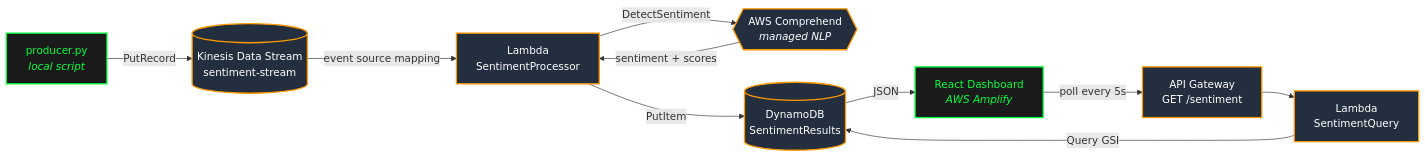
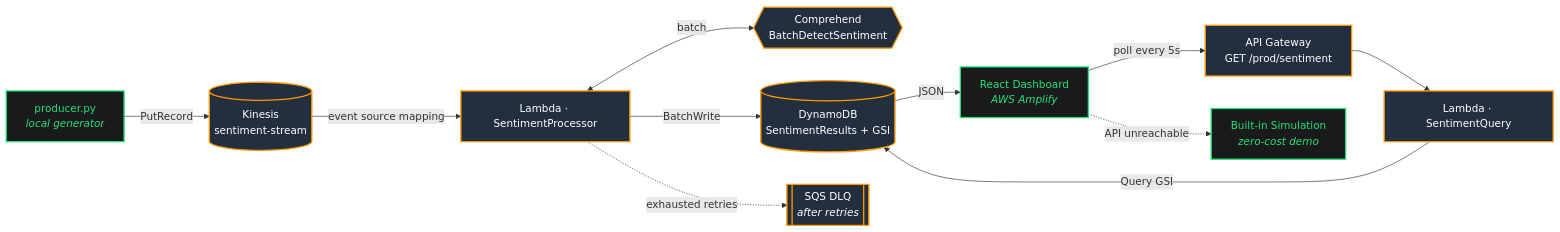
Before and after one commit to EricK-6/sentiment-dashboard: the diagram in README.md, drawn with Mermaid. The commit also changed other lines of this file and 1 other file, not shown here.

Commit message:
docs: rewrite README (live demo, screenshot, updated architecture, tests, cost/teardown)

````diff
--- a/README.md
+++ b/README.md
@@ -7,26 +22,27 @@
 ```mermaid
 flowchart LR
-    Producer["producer.py<br/><i>local script</i>"]
-    Stream[("Kinesis Data Stream<br/>sentiment-stream")]
-    Processor["Lambda<br/>SentimentProcessor"]
-    Comprehend{{"AWS Comprehend<br/><i>managed NLP</i>"}}
-    DB[("DynamoDB<br/>SentimentResults")]
-    Query["Lambda<br/>SentimentQuery"]
-    API["API Gateway<br/>GET /sentiment"]
+    Producer["producer.py<br/><i>local generator</i>"]
+    Stream[("Kinesis<br/>sentiment-stream")]
+    Processor["Lambda · SentimentProcessor"]
+    Comprehend{{"Comprehend<br/>BatchDetectSentiment"}}
+    DB[("DynamoDB<br/>SentimentResults + GSI")]
+    DLQ[["SQS DLQ<br/><i>after retries</i>"]]
+    Query["Lambda · SentimentQuery"]
+    API["API Gateway<br/>GET /prod/sentiment"]
     UI["React Dashboard<br/><i>AWS Amplify</i>"]
+    Sim["Built-in Simulation<br/><i>zero-cost demo</i>"]
 
-    Producer -->|"PutRecord"| Stream
-    Stream -->|"event source mapping"| Processor
-    Processor -->|"DetectSentiment"| Comprehend
-    Comprehend -->|"sentiment + scores"| Processor
-    Processor -->|"PutItem"| DB
-    UI -->|"poll every 5s"| API
-    API --> Query
-    Query -->|"Query GSI"| DB
-    DB -->|"JSON"| UI
+    Producer -->|PutRecord| Stream
+    Stream -->|event source mapping| Processor
+    Processor <-->|batch| Comprehend
+    Processor -->|BatchWrite| DB
+    Processor -.->|exhausted retries| DLQ
+    UI -->|poll every 5s| API --> Query -->|Query GSI| DB
+    DB -->|JSON| UI
+    UI -.->|API unreachable| Sim
 
     classDef aws fill:#232f3e,stroke:#ff9900,color:#fff,stroke-width:2px
-    classDef external fill:#1a1a1a,stroke:#00ff41,color:#00ff41,stroke-width:2px
-    class Stream,Processor,Comprehend,DB,Query,API aws
-    class Producer,UI external
+    classDef ext fill:#1a1a1a,stroke:#22e37a,color:#22e37a,stroke-width:2px
+    class Stream,Processor,Comprehend,DB,DLQ,Query,API aws
+    class Producer,UI,Sim ext
 ```
````
